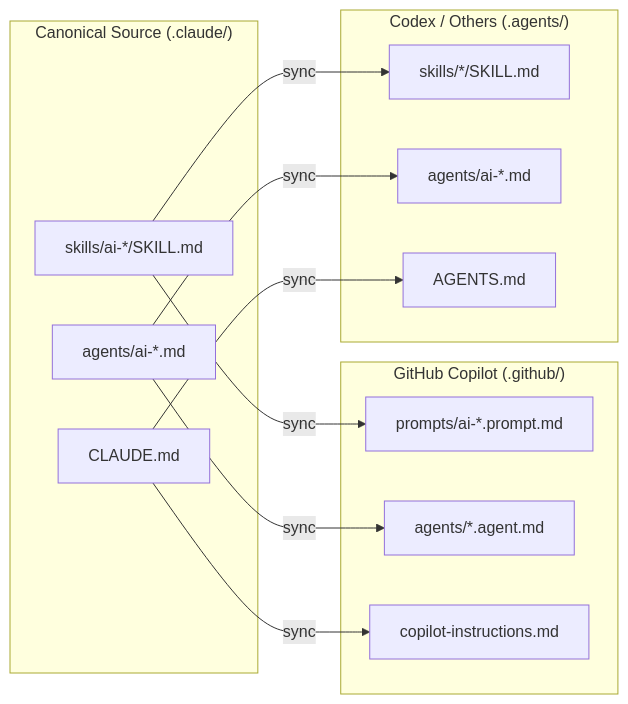
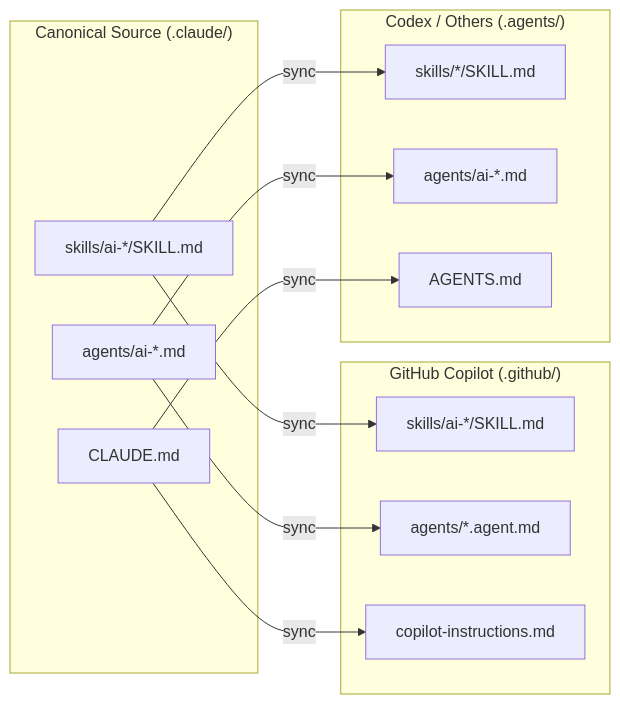
Before and after one commit to arcasilesgroup/ai-engineering: the fourth of 13 diagrams in docs/solution-intent.md, drawn with Mermaid. The commit also changed other lines of this file and 343 other files, not shown here.

First line of the commit message:
specs 077-078: prompt-to-skills migration, git init fix (#218)

````diff
--- a/docs/solution-intent.md
+++ b/docs/solution-intent.md
@@ -221,27 +221,27 @@
 ```mermaid
 graph LR
     subgraph Canonical["Canonical Source (.claude/)"]
         CS["skills/ai-*/SKILL.md"]
         CA["agents/ai-*.md"]
         CI["CLAUDE.md"]
     end
 
     subgraph GitHub["GitHub Copilot (.github/)"]
-        GS["prompts/ai-*.prompt.md"]
+        GS["skills/ai-*/SKILL.md"]
         GA["agents/*.agent.md"]
         GI["copilot-instructions.md"]
     end
 
     subgraph Agents["Codex / Others (.agents/)"]
         AS["skills/*/SKILL.md"]
         AA["agents/ai-*.md"]
         AI["AGENTS.md"]
     end
 
     CS -->|sync| GS
     CS -->|sync| AS
     CA -->|sync| GA
     CA -->|sync| AA
     CI -->|sync| GI
     CI -->|sync| AI
 ```
````
